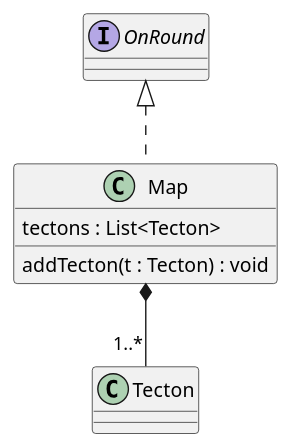
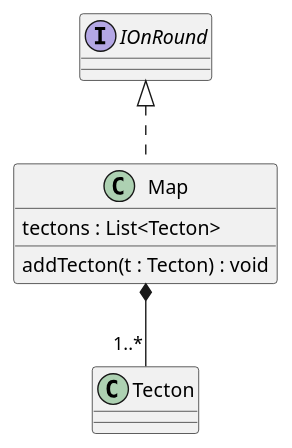
One commit to Petya-G/fungorium changed the diagram in 4/classes/map/map.puml. Above: the diagram before and after it, drawn with PlantUML. The commit also changed 8 other files, not shown here.

```diff
--- a/4/classes/map/map.puml
+++ b/4/classes/map/map.puml
@@ -1,9 +1,9 @@
 @startuml map
 
 Map *-- "1..*" Tecton
-class Map implements OnRound{
+class Map implements IOnRound{
     tectons : List<Tecton>
     addTecton(t : Tecton) : void
 }
 
 @enduml
```
